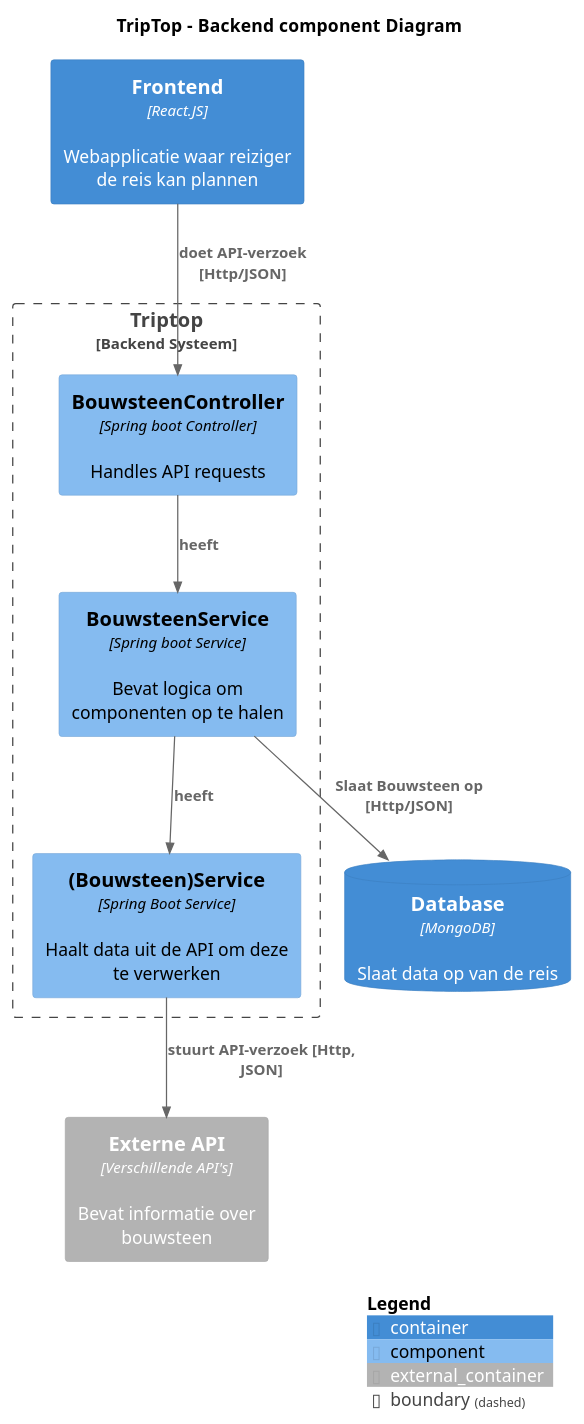
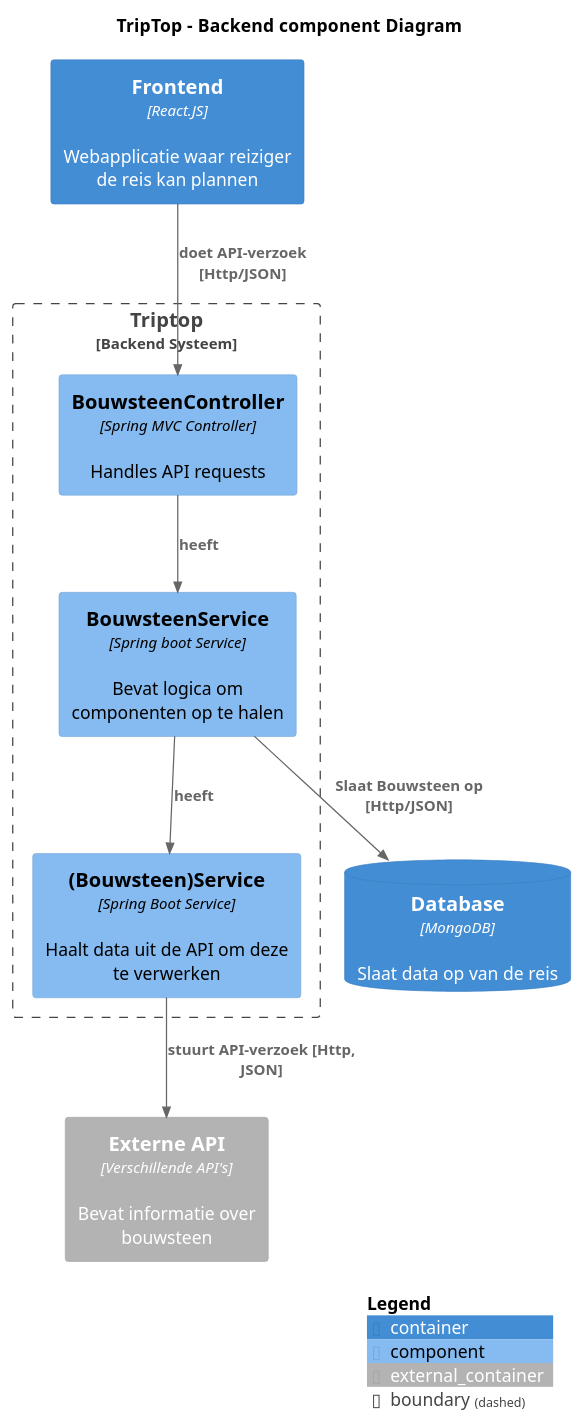
The diagram in individueel/diagram/component/Rianne-TripTopComponentDiagram.puml (AIM-ENE-feb25/triptop-groep-1-met-third-wheel), drawn with PlantUML before and after one commit. The commit also changed 2 other files, not shown here.

Commit message:
Component Diagram Auth

```diff
--- a/individueel/diagram/component/Rianne-TripTopComponentDiagram.puml
+++ b/individueel/diagram/component/Rianne-TripTopComponentDiagram.puml
@@ -1,23 +1,23 @@
 @startuml
 !include <C4/C4_Component>
 
 title TripTop -  Backend component Diagram
 Boundary(system, "Triptop", "Backend Systeem"){
     Component(service, "BouwsteenService", "Spring boot Service", "Bevat logica om componenten op te halen")
     Component(apiService, "(Bouwsteen)Service", "Spring Boot Service", "Haalt data uit de API om deze te verwerken")
-    Component(controller, "BouwsteenController","Spring boot Controller", "Handles API requests")
+    Component(controller, "BouwsteenController","Spring MVC Controller", "Handles API requests")
 
 
 }
 
 
 Container(frontend, "Frontend", "React.JS", "Webapplicatie waar reiziger de reis kan plannen")
 ContainerDb(db, "Database", "MongoDB" ,Slaat data op van de reis)
 Container_Ext(api, "Externe API", "Verschillende API's", "Bevat informatie over bouwsteen")
 Rel(service, db, "Slaat Bouwsteen op [Http/JSON]")
 Rel(frontend, controller, "doet API-verzoek [Http/JSON]")
 Rel(controller, service, "heeft")
 Rel(service, apiService, "heeft")
 Rel(apiService, api, "stuurt API-verzoek [Http, JSON] ")
 SHOW_LEGEND()
 @enduml
```
